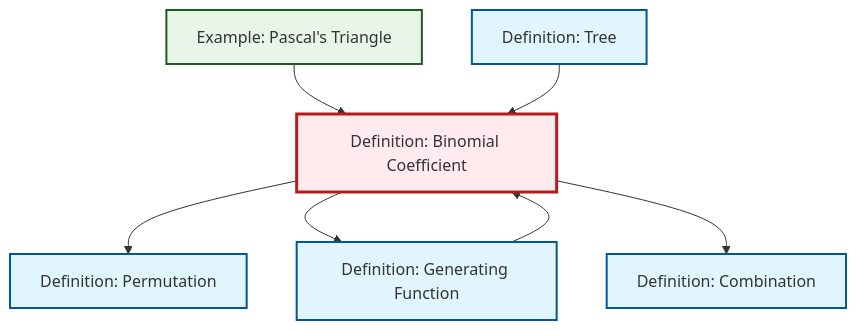
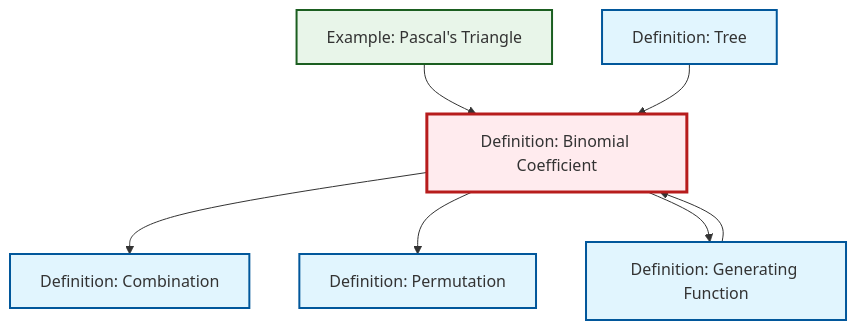
The diagram in content/en/combinatorics/def-binomial-coefficient.qmd (RK0429/ModernMath), drawn with Mermaid before and after one commit. The commit also changed other lines of this file and 654 other files, not shown here.

````diff
--- a/content/en/combinatorics/def-binomial-coefficient.qmd
+++ b/content/en/combinatorics/def-binomial-coefficient.qmd
@@ -66,27 +66,27 @@
 ```{mermaid}
 %%| fig-cap: "Local dependency graph"
 graph TD
     classDef definition fill:#e1f5fe,stroke:#01579b,stroke-width:2px
     classDef theorem fill:#f3e5f5,stroke:#4a148c,stroke-width:2px
     classDef axiom fill:#fff3e0,stroke:#e65100,stroke-width:2px
     classDef example fill:#e8f5e9,stroke:#1b5e20,stroke-width:2px
     classDef current fill:#ffebee,stroke:#b71c1c,stroke-width:3px
+    def-binomial-coefficient["Definition: Binomial Coefficient"]:::definition
     def-permutation["Definition: Permutation"]:::definition
-    def-binomial-coefficient["Definition: Binomial Coefficient"]:::definition
+    ex-pascals-triangle["Example: Pascal's Triangle"]:::example
+    def-combination["Definition: Combination"]:::definition
+    def-generating-function["Definition: Generating Function"]:::definition
     def-tree["Definition: Tree"]:::definition
-    ex-pascals-triangle["Example: Pascal's Triangle"]:::example
-    def-generating-function["Definition: Generating Function"]:::definition
-    def-combination["Definition: Combination"]:::definition
+    def-binomial-coefficient --> def-combination
+    def-generating-function --> def-binomial-coefficient
+    ex-pascals-triangle --> def-binomial-coefficient
     def-binomial-coefficient --> def-permutation
+    def-tree --> def-binomial-coefficient
     def-binomial-coefficient --> def-generating-function
-    def-binomial-coefficient --> def-combination
-    ex-pascals-triangle --> def-binomial-coefficient
-    def-tree --> def-binomial-coefficient
-    def-generating-function --> def-binomial-coefficient
     class def-binomial-coefficient current
     click def-permutation "def-permutation.html" "Go to Permutation definition"
+    click ex-pascals-triangle "ex-pascals-triangle.html" "Go to Pascal's Triangle example"
+    click def-combination "def-combination.html" "Go to Combination definition"
+    click def-generating-function "def-generating-function.html" "Go to Generating Function definition"
     click def-tree "def-tree.html" "Go to Tree definition"
-    click ex-pascals-triangle "ex-pascals-triangle.html" "Go to Pascal's Triangle example"
-    click def-generating-function "def-generating-function.html" "Go to Generating Function definition"
-    click def-combination "def-combination.html" "Go to Combination definition"
 ```
````
